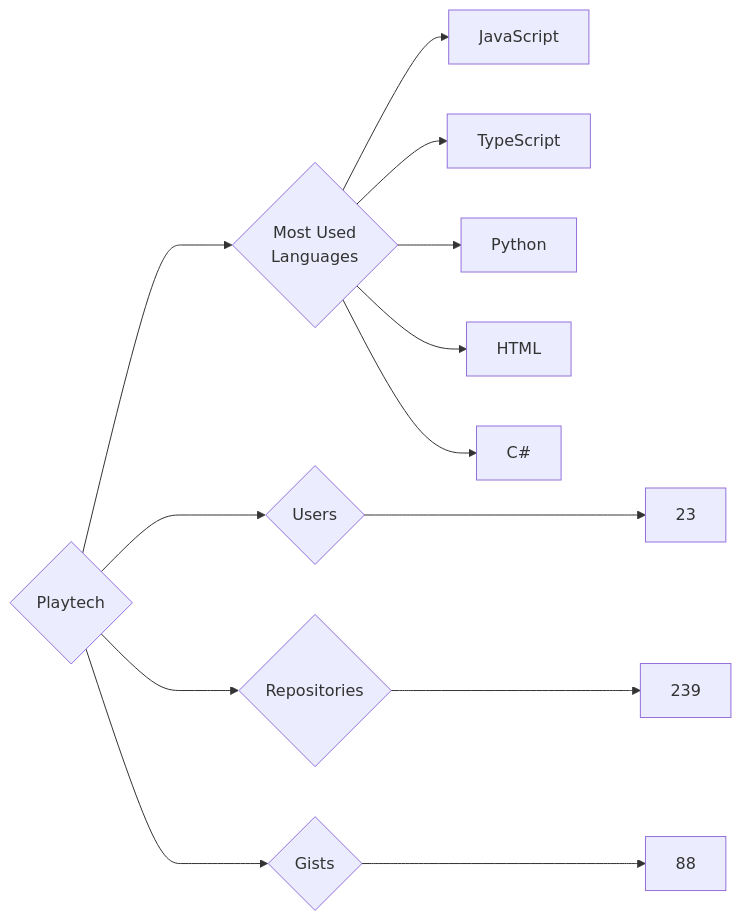
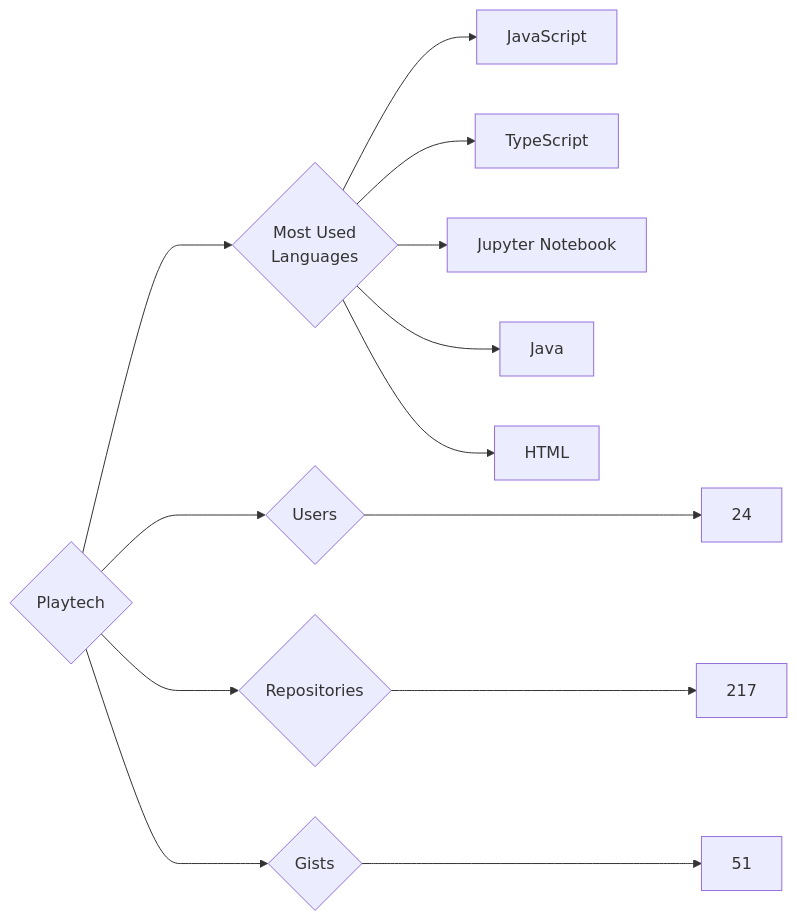
One commit to trickest/insiders changed the diagram in targets/Playtech/README.md. Above: the diagram before and after it, drawn with Mermaid. The commit also changed 995 other files, not shown here.

````diff
--- a/targets/Playtech/README.md
+++ b/targets/Playtech/README.md
@@ -3,13 +3,13 @@
 ```mermaid
 graph LR
 COMPANY_NAME{Playtech}
-COMPANY_NAME ---> U{Users} ---> UN[23]
-COMPANY_NAME ---> R{Repositories} ---> RN[239]
-COMPANY_NAME ---> G{Gists} ---> GN[88]
+COMPANY_NAME ---> U{Users} ---> UN[24]
+COMPANY_NAME ---> R{Repositories} ---> RN[217]
+COMPANY_NAME ---> G{Gists} ---> GN[51]
 COMPANY_NAME ---> ML{Most Used<br>Languages}
 ML --> JavaScript[JavaScript]
 ML --> TypeScript[TypeScript]
-ML --> Python[Python]
+ML --> Jupyter_Notebook[Jupyter Notebook]
+ML --> Java[Java]
 ML --> HTML[HTML]
-ML --> C#[C#]
 ```
````
